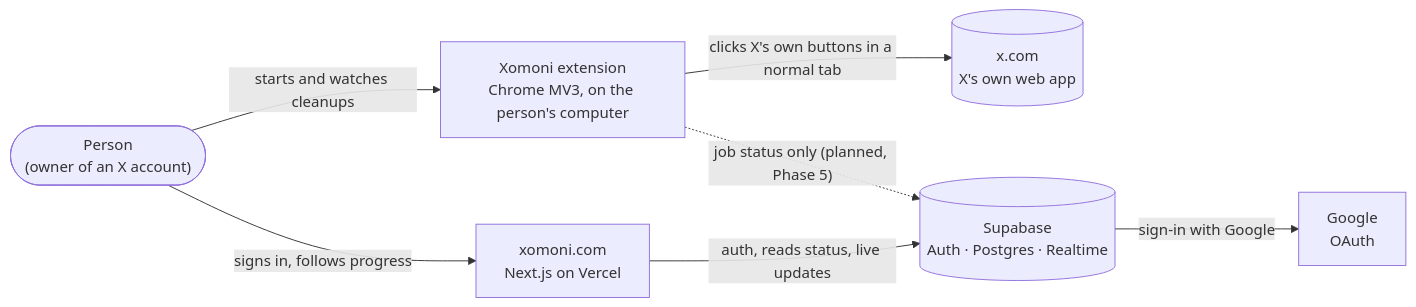
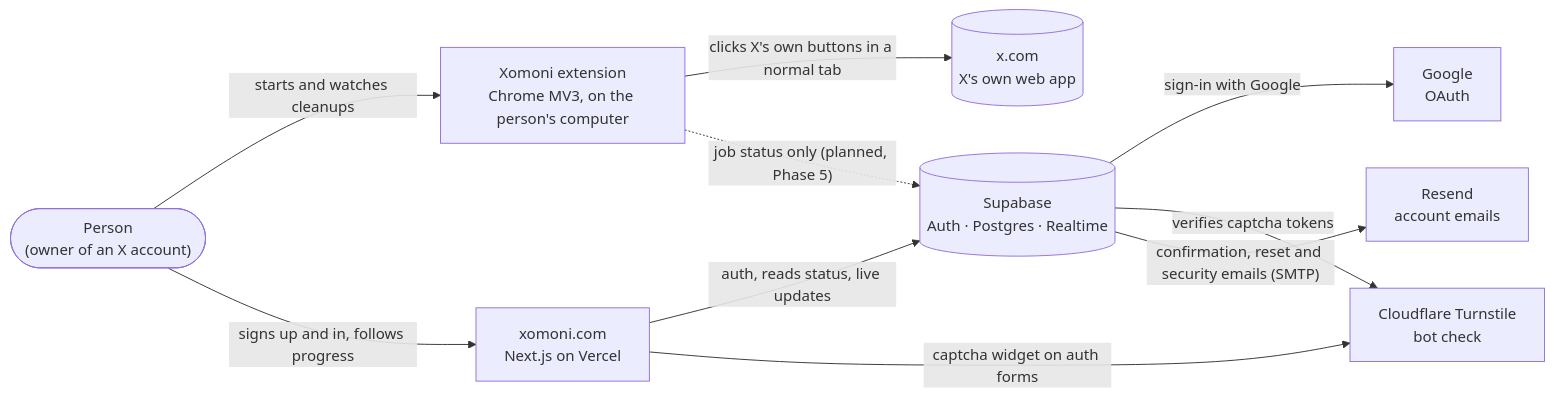
The first of 5 diagrams in docs/ARCHITECTURE.md (pirdehi/xomoni), drawn with Mermaid before and after one commit. The commit also changed other lines of this file and 70 other files, not shown here.

First line of the commit message:
Email and password accounts: sign-up, confirmation, sign-in, password reset (#56)

````diff
--- a/docs/ARCHITECTURE.md
+++ b/docs/ARCHITECTURE.md
@@ -19,16 +19,21 @@
 ```mermaid
 flowchart LR
   person(["Person<br/>(owner of an X account)"])
   ext["Xomoni extension<br/>Chrome MV3, on the person's computer"]
   web["xomoni.com<br/>Next.js on Vercel"]
   x[("x.com<br/>X's own web app")]
   sb[("Supabase<br/>Auth · Postgres · Realtime")]
   google["Google<br/>OAuth"]
+  resend["Resend<br/>account emails"]
+  turnstile["Cloudflare Turnstile<br/>bot check"]
 
   person -- "starts and watches cleanups" --> ext
-  person -- "signs in, follows progress" --> web
+  person -- "signs up and in, follows progress" --> web
   ext -- "clicks X's own buttons in a normal tab" --> x
   ext -. "job status only (planned, Phase 5)" .-> sb
   web -- "auth, reads status, live updates" --> sb
+  web -- "captcha widget on auth forms" --> turnstile
   sb -- "sign-in with Google" --> google
+  sb -- "verifies captcha tokens" --> turnstile
+  sb -- "confirmation, reset and security emails (SMTP)" --> resend
 ```
````
